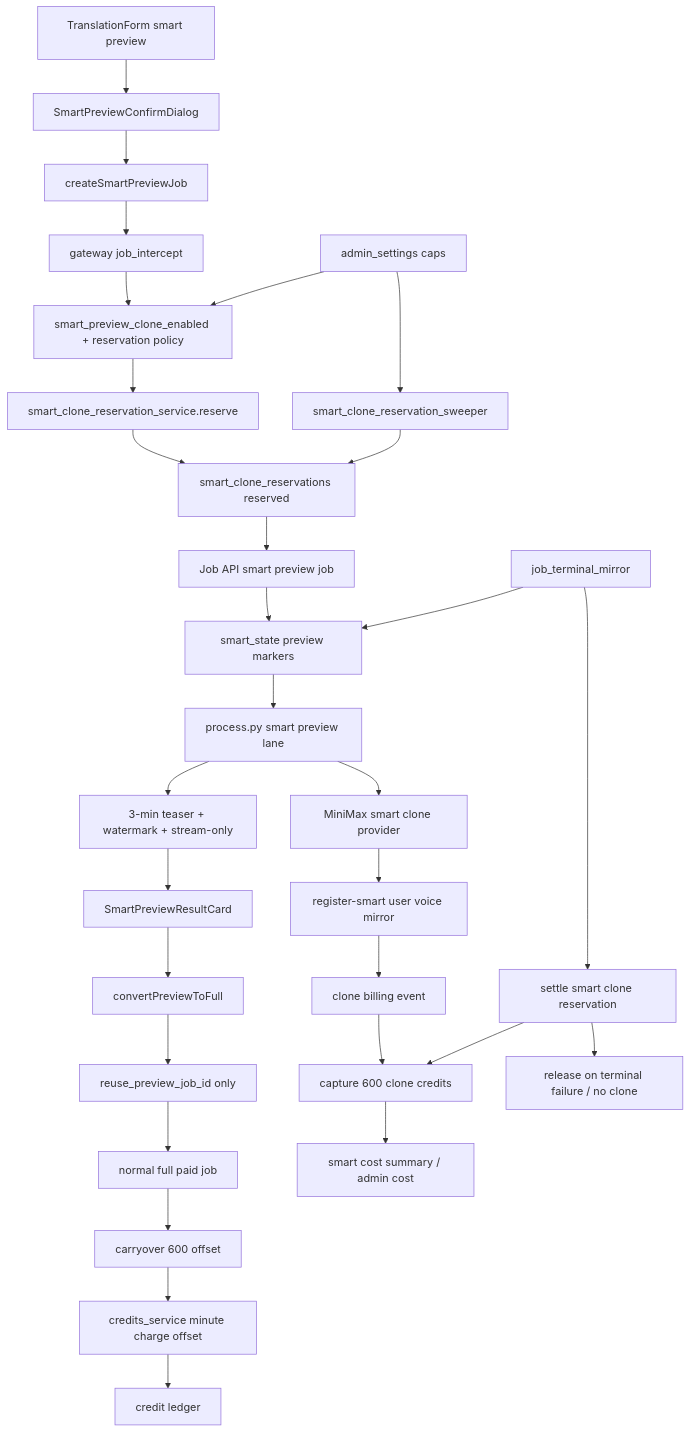
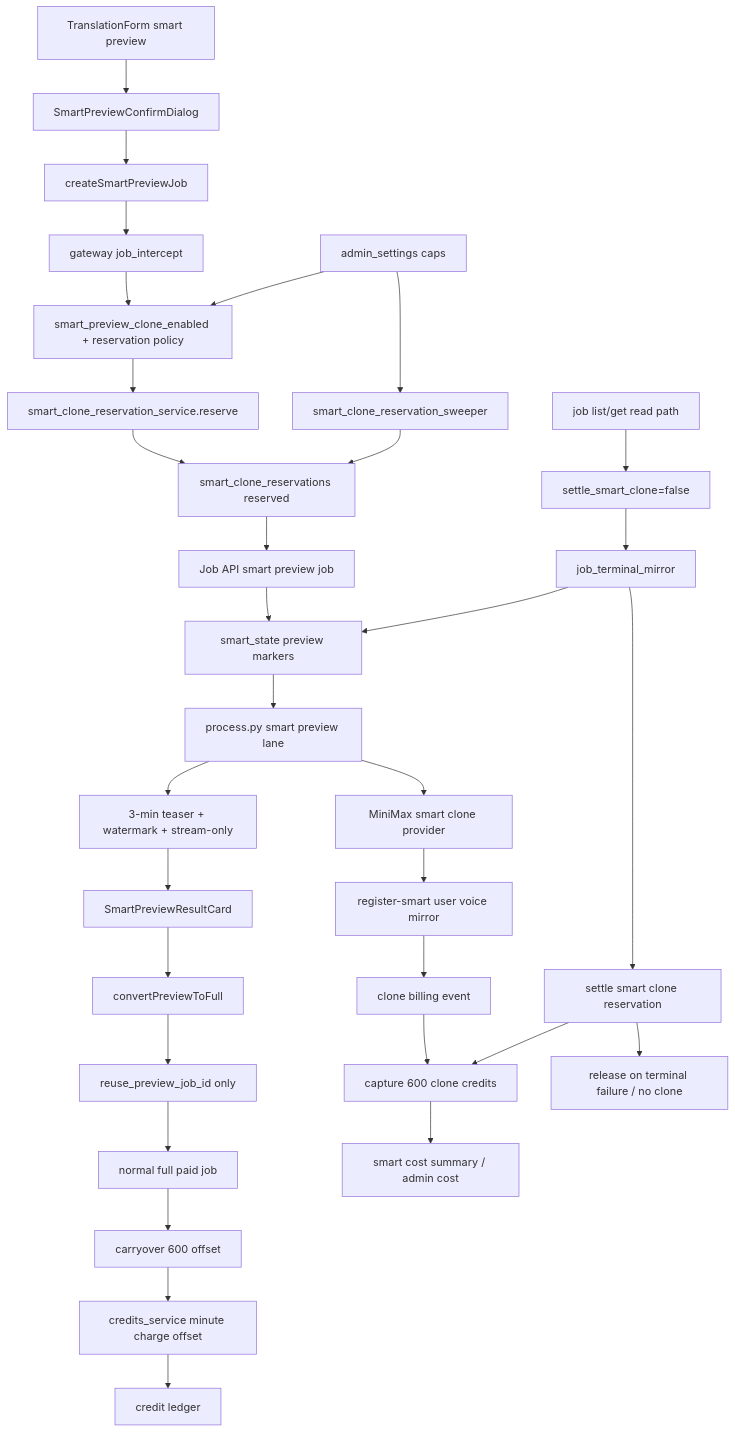
One commit to sun9bear/AITransVideo changed the diagram in docs/graphs/GITNEXUS_SMART_PREVIEW_CLONE_BILLING_GRAPH.md. Above: the diagram before and after it, drawn with Mermaid. The commit also changed other lines of this file and 6 other files, not shown here.

Commit message:
docs: refresh GitNexus project graphs

````diff
--- a/docs/graphs/GITNEXUS_SMART_PREVIEW_CLONE_BILLING_GRAPH.md
+++ b/docs/graphs/GITNEXUS_SMART_PREVIEW_CLONE_BILLING_GRAPH.md
@@ -21,35 +22,37 @@
 ```mermaid
 graph TD
     Workspace["TranslationForm smart preview"] --> Dialog["SmartPreviewConfirmDialog"]
     Dialog --> CreatePreview["createSmartPreviewJob"]
     CreatePreview --> JobIntercept["gateway job_intercept"]
     JobIntercept --> AdminGate["smart_preview_clone_enabled + reservation policy"]
     AdminGate --> Reservation["smart_clone_reservation_service.reserve"]
     Reservation --> ReservationRow["smart_clone_reservations reserved"]
     ReservationRow --> PreviewJob["Job API smart preview job"]
 
     PreviewJob --> SmartState["smart_state preview markers"]
     SmartState --> Pipeline["process.py smart preview lane"]
     Pipeline --> CloneProvider["MiniMax smart clone provider"]
     CloneProvider --> Register["register-smart user voice mirror"]
     Register --> BillEvent["clone billing event"]
     BillEvent --> Capture["capture 600 clone credits"]
     Pipeline --> PreviewOutput["3-min teaser + watermark + stream-only"]
     PreviewOutput --> ResultCard["SmartPreviewResultCard"]
 
     ResultCard --> Convert["convertPreviewToFull"]
     Convert --> ReusePreview["reuse_preview_job_id only"]
     ReusePreview --> FullJob["normal full paid job"]
     FullJob --> Carryover["carryover 600 offset"]
     Carryover --> MinuteSettle["credits_service minute charge offset"]
     MinuteSettle --> Ledger["credit ledger"]
 
     TerminalMirror["job_terminal_mirror"] --> SmartState
     TerminalMirror --> Settle["settle smart clone reservation"]
     Settle --> Capture
     Settle --> Release["release on terminal failure / no clone"]
+    JobReadPath["job list/get read path"] --> ReadNoSettle["settle_smart_clone=false"]
+    ReadNoSettle --> TerminalMirror
     Sweeper["smart_clone_reservation_sweeper"] --> ReservationRow
     AdminSettings["admin_settings caps"] --> AdminGate
     AdminSettings --> Sweeper
     Capture --> CostSummary["smart cost summary / admin cost"]
 ```
````
